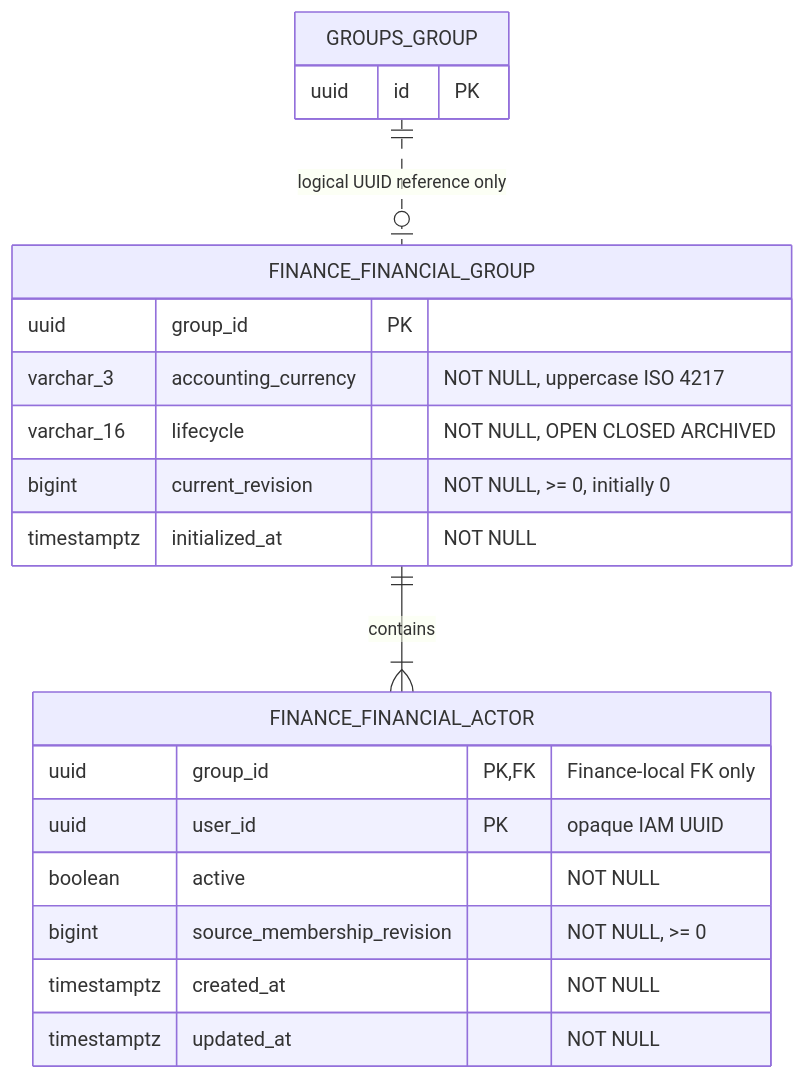
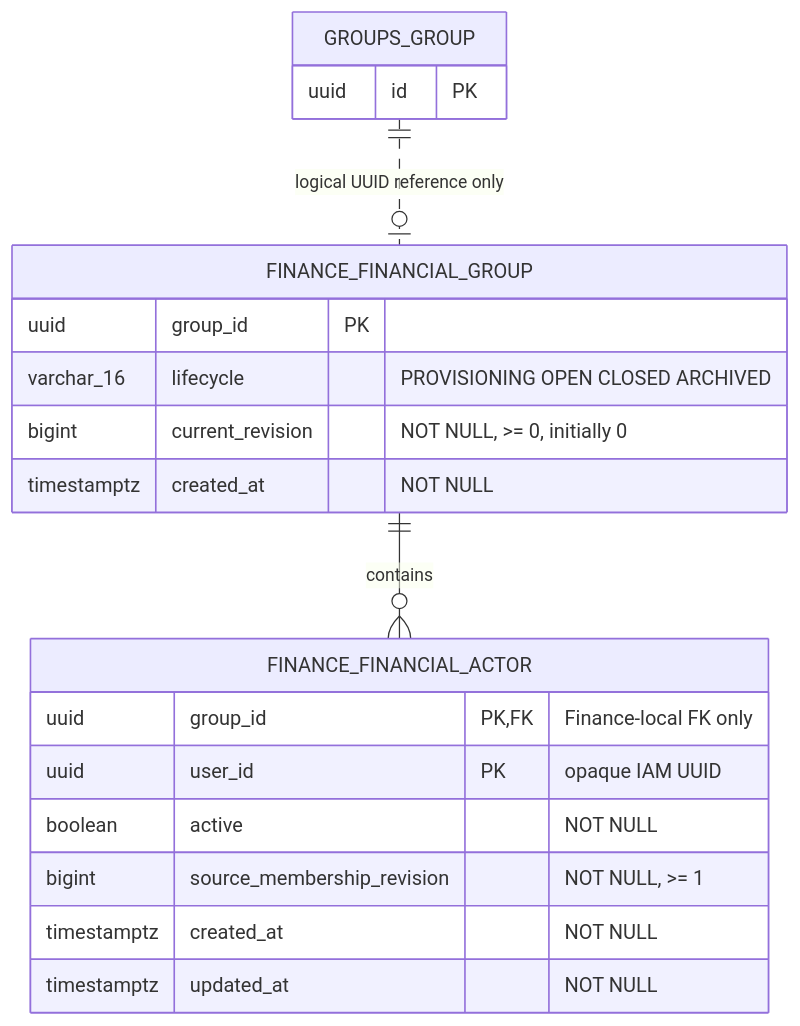
The second of 2 diagrams in docs/internal/integration/phase-3-foundation.md (frederik-hoeft/min-favs-sharewise), drawn with Mermaid before and after one commit. The commit also changed other lines of this file and 3 other files, not shown here.

````diff
--- a/docs/internal/integration/phase-3-foundation.md
+++ b/docs/internal/integration/phase-3-foundation.md
@@ -33,24 +36,23 @@
 ```mermaid
 erDiagram
     GROUPS_GROUP ||..o| FINANCE_FINANCIAL_GROUP : "logical UUID reference only"
-    FINANCE_FINANCIAL_GROUP ||--|{ FINANCE_FINANCIAL_ACTOR : contains
+    FINANCE_FINANCIAL_GROUP ||--o{ FINANCE_FINANCIAL_ACTOR : contains
 
     GROUPS_GROUP {
         uuid id PK
     }
     FINANCE_FINANCIAL_GROUP {
         uuid group_id PK
-        varchar_3 accounting_currency "NOT NULL, uppercase ISO 4217"
-        varchar_16 lifecycle "NOT NULL, OPEN CLOSED ARCHIVED"
+        varchar_16 lifecycle "PROVISIONING OPEN CLOSED ARCHIVED"
         bigint current_revision "NOT NULL, >= 0, initially 0"
-        timestamptz initialized_at "NOT NULL"
+        timestamptz created_at "NOT NULL"
     }
     FINANCE_FINANCIAL_ACTOR {
         uuid group_id PK,FK "Finance-local FK only"
         uuid user_id PK "opaque IAM UUID"
         boolean active "NOT NULL"
-        bigint source_membership_revision "NOT NULL, >= 0"
+        bigint source_membership_revision "NOT NULL, >= 1"
         timestamptz created_at "NOT NULL"
         timestamptz updated_at "NOT NULL"
     }
 ```
````
